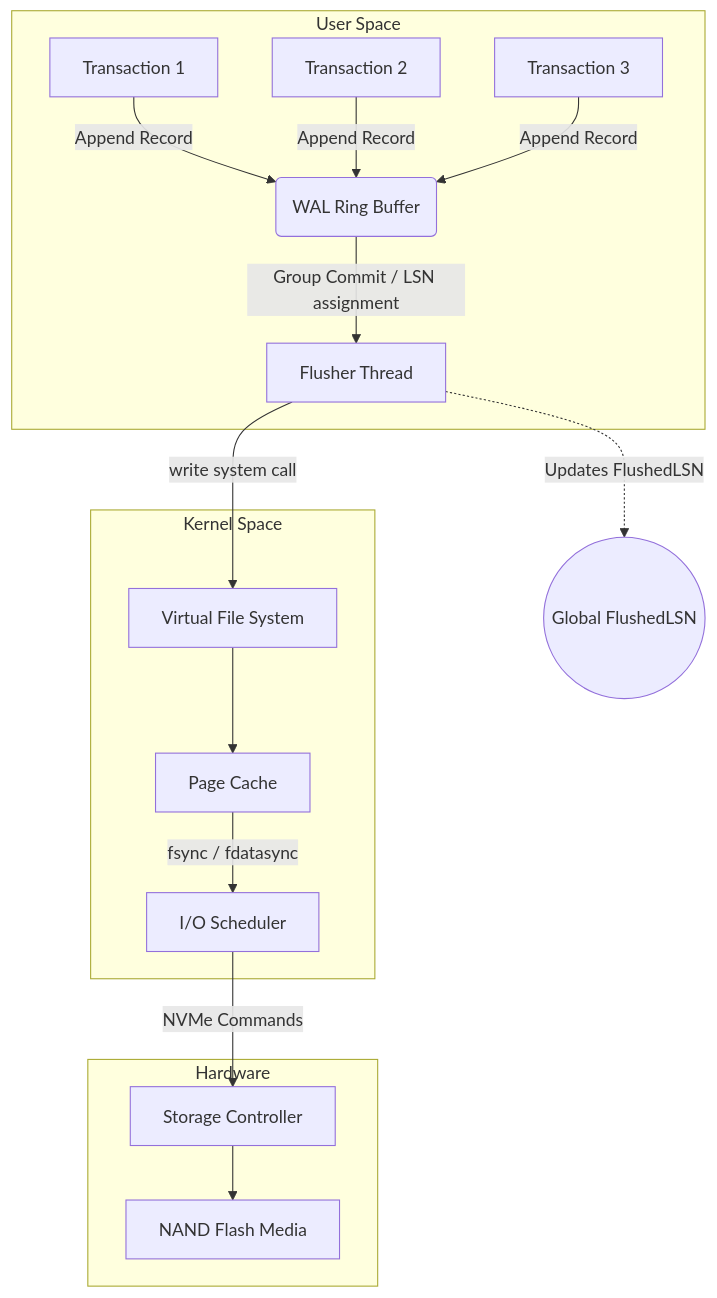
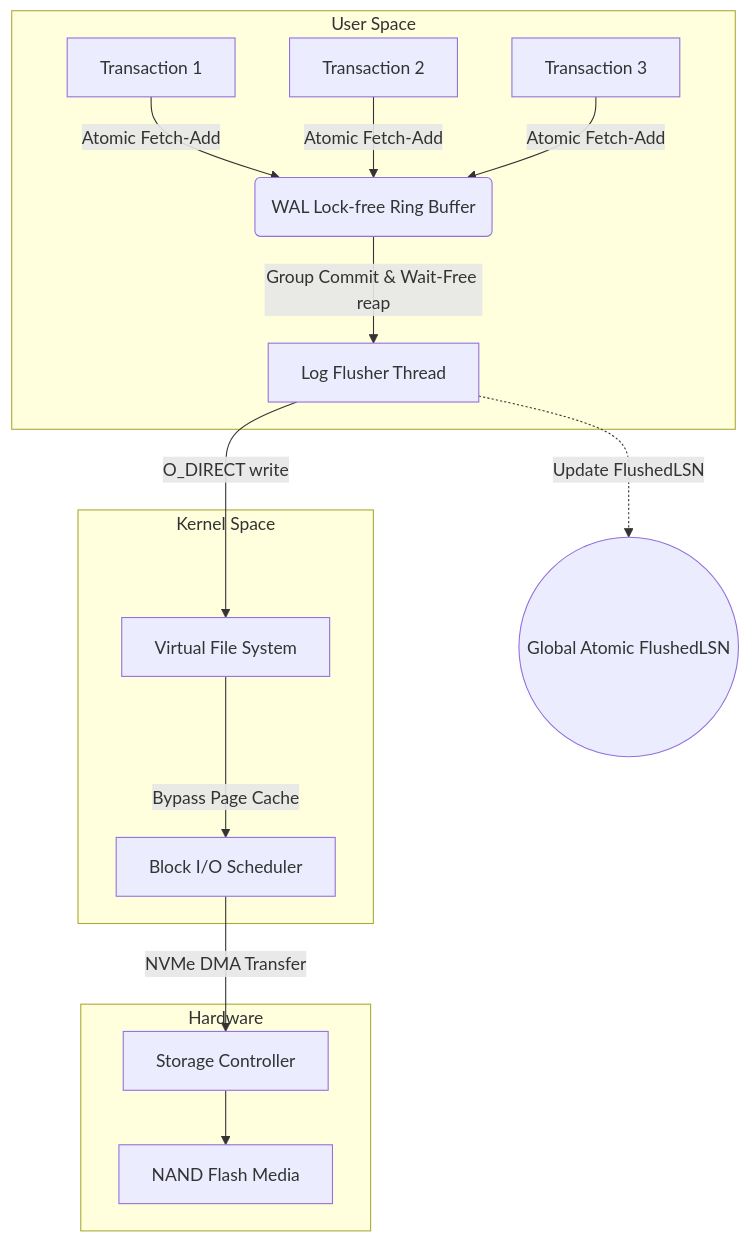
One commit to caubebinhan/landingpage changed the first of 2 diagrams in blogs/part-1/03-wal-and-aries.md. Above: the diagram before and after it, drawn with Mermaid. The commit also changed other lines of this file and 6563 other files, not shown here.

````diff
--- a/blogs/part-1/03-wal-and-aries.md
+++ b/blogs/part-1/03-wal-and-aries.md
@@ -9,19 +53,18 @@
 ```mermaid
 graph TD
     subgraph User Space
-        T1[Transaction 1] --> |Append Record| WB(WAL Ring Buffer)
-        T2[Transaction 2] --> |Append Record| WB
-        T3[Transaction 3] --> |Append Record| WB
-        WB --> |Group Commit / LSN assignment| FL[Flusher Thread]
+        T1[Transaction 1] --> |Atomic Fetch-Add| WB(WAL Lock-free Ring Buffer)
+        T2[Transaction 2] --> |Atomic Fetch-Add| WB
+        T3[Transaction 3] --> |Atomic Fetch-Add| WB
+        WB --> |Group Commit & Wait-Free reap| FL[Log Flusher Thread]
     end
     subgraph Kernel Space
-        FL --> |write system call| VFS[Virtual File System]
-        VFS --> PC[Page Cache]
-        PC --> |fsync / fdatasync| IOD[I/O Scheduler]
+        FL --> |O_DIRECT write| VFS[Virtual File System]
+        VFS --> |Bypass Page Cache| IOD[Block I/O Scheduler]
     end
     subgraph Hardware
-        IOD --> |NVMe Commands| CTRL[Storage Controller]
+        IOD --> |NVMe DMA Transfer| CTRL[Storage Controller]
         CTRL --> NAND[NAND Flash Media]
     end
-    FL -.-> |Updates FlushedLSN| G_LSN((Global FlushedLSN))
+    FL -.-> |Update FlushedLSN| G_LSN((Global Atomic FlushedLSN))
 ```
````
